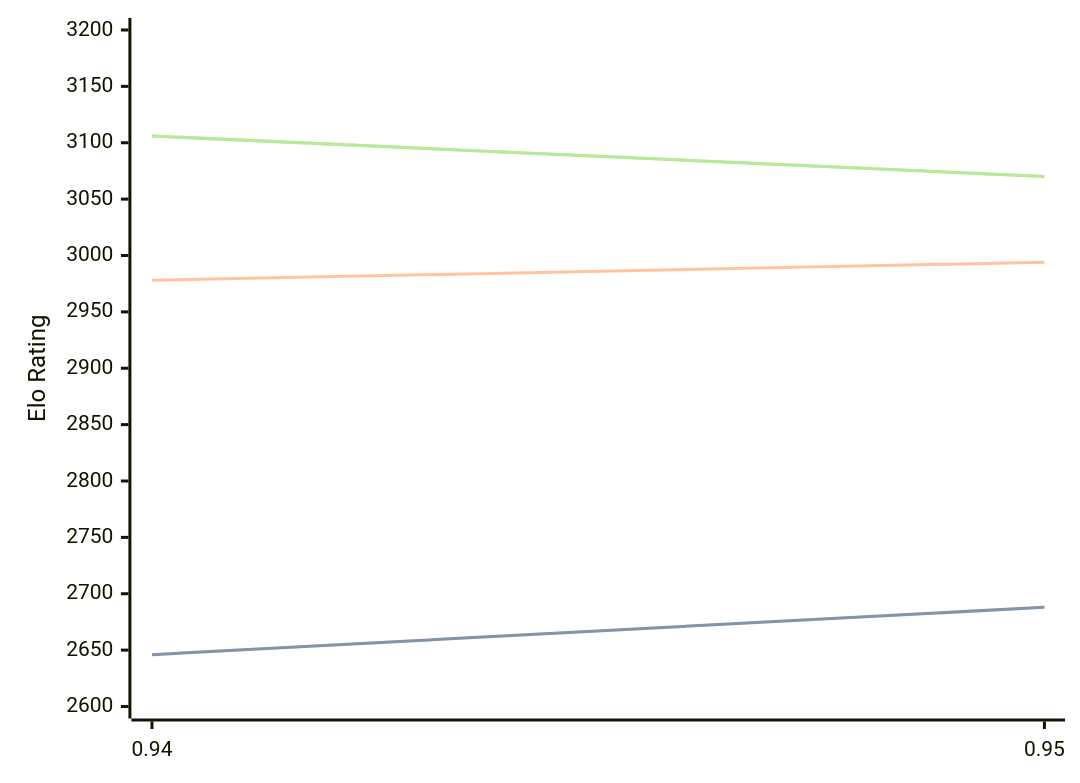
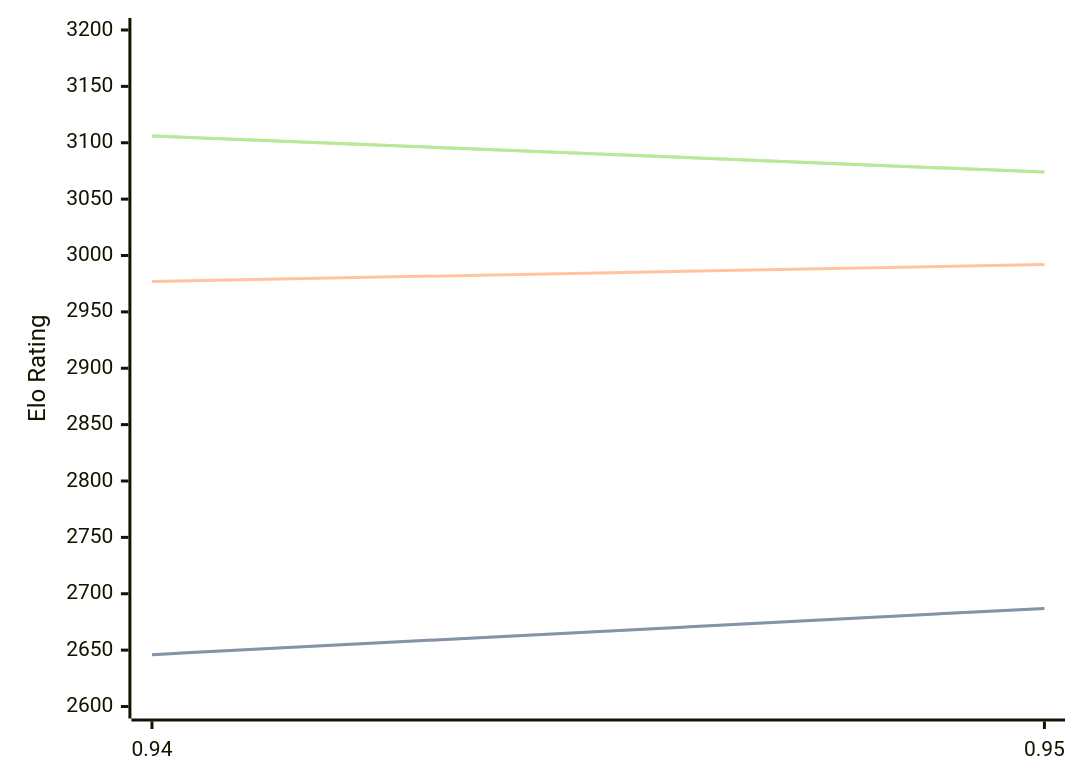
One commit to computer-chess-index/cci changed the diagram in engines/Myrddin.md. Above: the diagram before and after it, drawn with Mermaid. The commit also changed other lines of this file, not shown here.

Commit message:
Update CCI Ratings (ELO VLTC) - 2026-05-07

````diff
--- a/engines/Myrddin.md
+++ b/engines/Myrddin.md
@@ -37,11 +37,11 @@
 ```mermaid
 %%{init: {"theme":"base","themeVariables":{"seriesColors:['#a3a3a3','#222221','#faa371']}}}%%
 xychart-beta
   x-axis ["0.94", "0.95"]
   y-axis "Elo Rating" 2600 --> 3200
-  line "STC (8.0+0.08s)" [2646, 2688]
-  line "STC (8.0+0.08s)" [2646, 2688]
-  line "LTC (60.0+0.60s)" [2978, 2994]
-  line "VLTC (2m24s+1.12s)" [3106, 3070]
-  line "VLTC (2m24s+1.12s)" [3106, 3070]
+  line "STC (8.0+0.08s)" [2646, 2687]
+  line "STC (8.0+0.08s)" [2646, 2687]
+  line "LTC (60.0+0.60s)" [2977, 2992]
+  line "VLTC (2m24s+1.12s)" [3106, 3074]
+  line "VLTC (2m24s+1.12s)" [3106, 3074]
 ```
````
